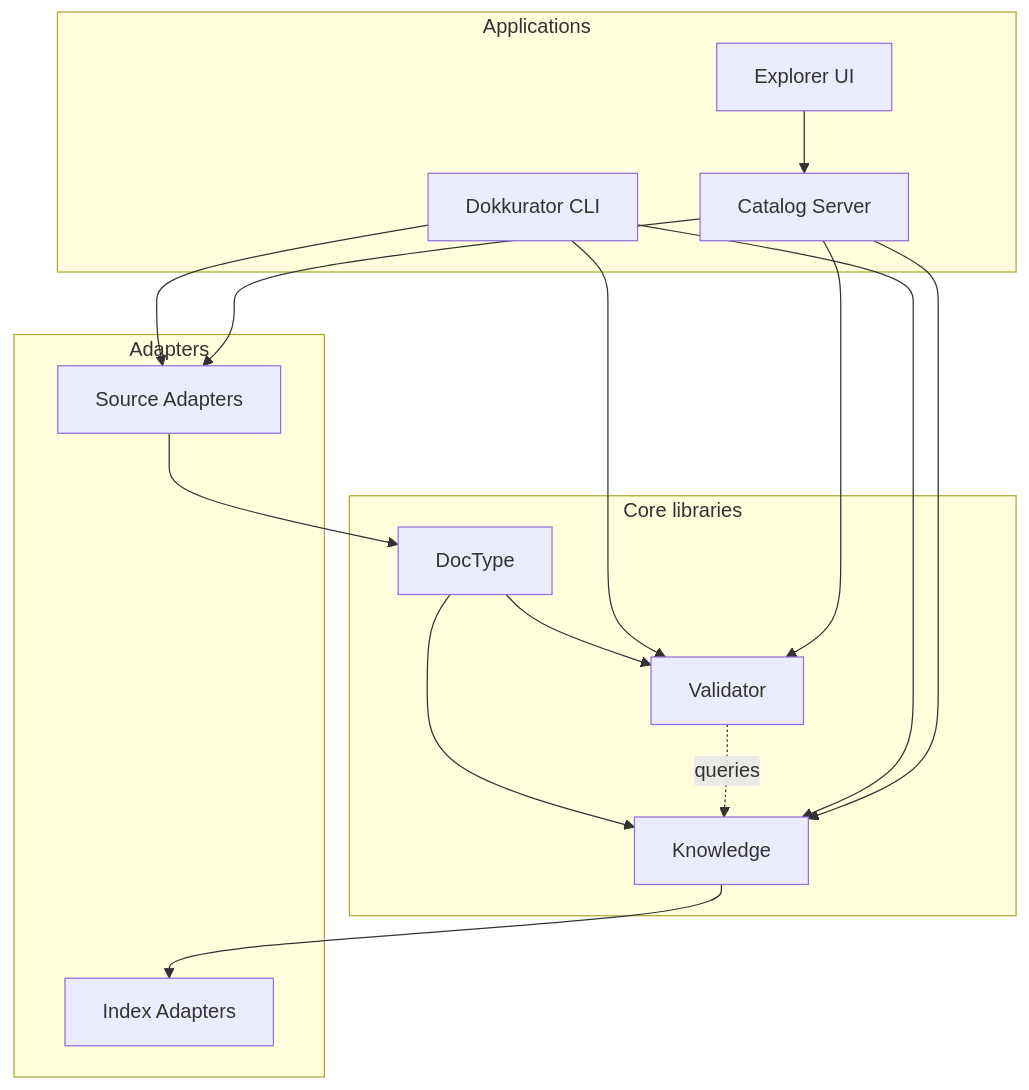
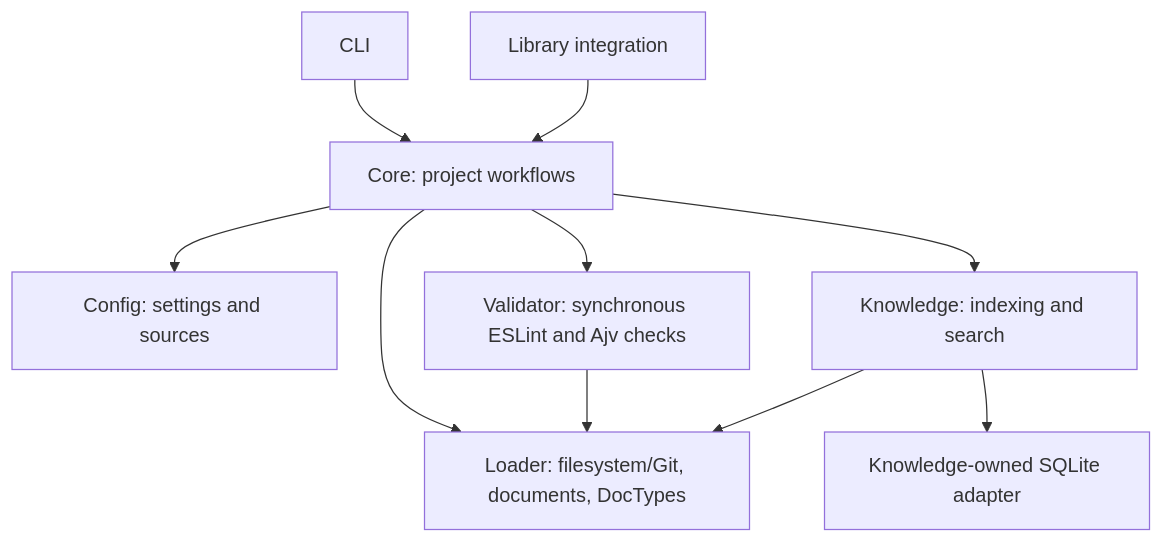
One commit to humaki4/dokkurator changed the first of 2 diagrams in docs/architecture/overview.md. Above: the diagram before and after it, drawn with Mermaid. The commit also changed other lines of this file and 31 other files, not shown here.

````diff
--- a/docs/architecture/overview.md
+++ b/docs/architecture/overview.md
@@ -33,35 +17,12 @@
 ```mermaid
 flowchart TB
-    subgraph Core["Core libraries"]
-        DT["DocType"]
-        V["Validator"]
-        K["Knowledge"]
-    end
-
-    subgraph Adapters["Adapters"]
-        SA["Source Adapters"]
-        IA["Index Adapters"]
-    end
-
-    subgraph Applications["Applications"]
-        CLI["Dokkurator CLI"]
-        Catalog["Catalog Server"]
-        Explorer["Explorer UI"]
-    end
-
-    SA --> DT
-    DT --> V
-    DT --> K
-    V -. queries .-> K
-    K --> IA
-
-    CLI --> SA
-    CLI --> V
-    CLI --> K
-
-    Catalog --> SA
-    Catalog --> V
-    Catalog --> K
-
-    Explorer --> Catalog
+    CLI["CLI"] --> Core["Core: project workflows"]
+    Integration["Library integration"] --> Core
+    Core --> Config["Config: settings and sources"]
+    Core --> Loader["Loader: filesystem/Git, documents, DocTypes"]
+    Core --> Validator["Validator: synchronous ESLint and Ajv checks"]
+    Core --> Knowledge["Knowledge: indexing and search"]
+    Validator --> Loader
+    Knowledge --> Loader
+    Knowledge --> SQLite["Knowledge-owned SQLite adapter"]
 ```
````
